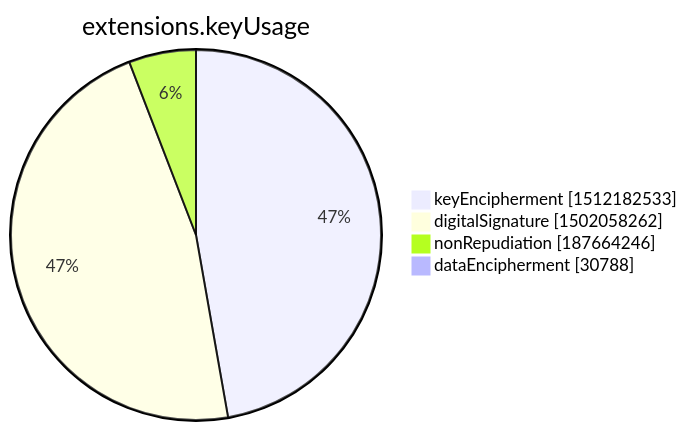
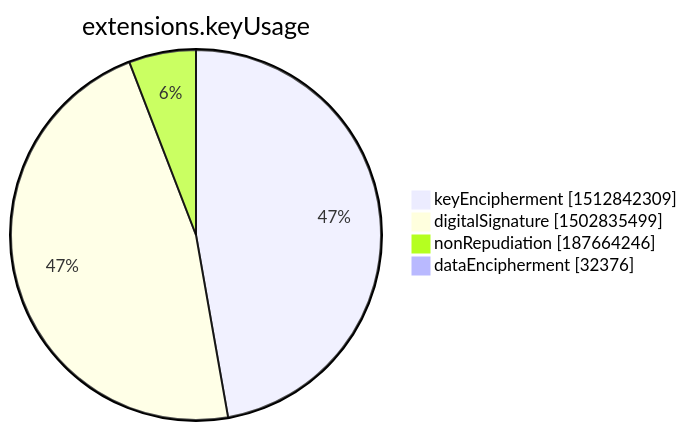
Before and after one commit to christiankrug/ctmonitor_visualization: the seventh of 15 diagrams in xenon2022/README.md, drawn with Mermaid. The commit also changed other lines of this file, not shown here.

````diff
--- a/xenon2022/README.md
+++ b/xenon2022/README.md
@@ -2846,8 +2846,8 @@
 ```mermaid
 pie showData
 title extensions.keyUsage
-"keyEncipherment" :1512182533
-"digitalSignature" :1502058262
+"keyEncipherment" :1512842309
+"digitalSignature" :1502835499
 "nonRepudiation" :187664246
-"dataEncipherment" :30788
+"dataEncipherment" :32376
 ```
````
